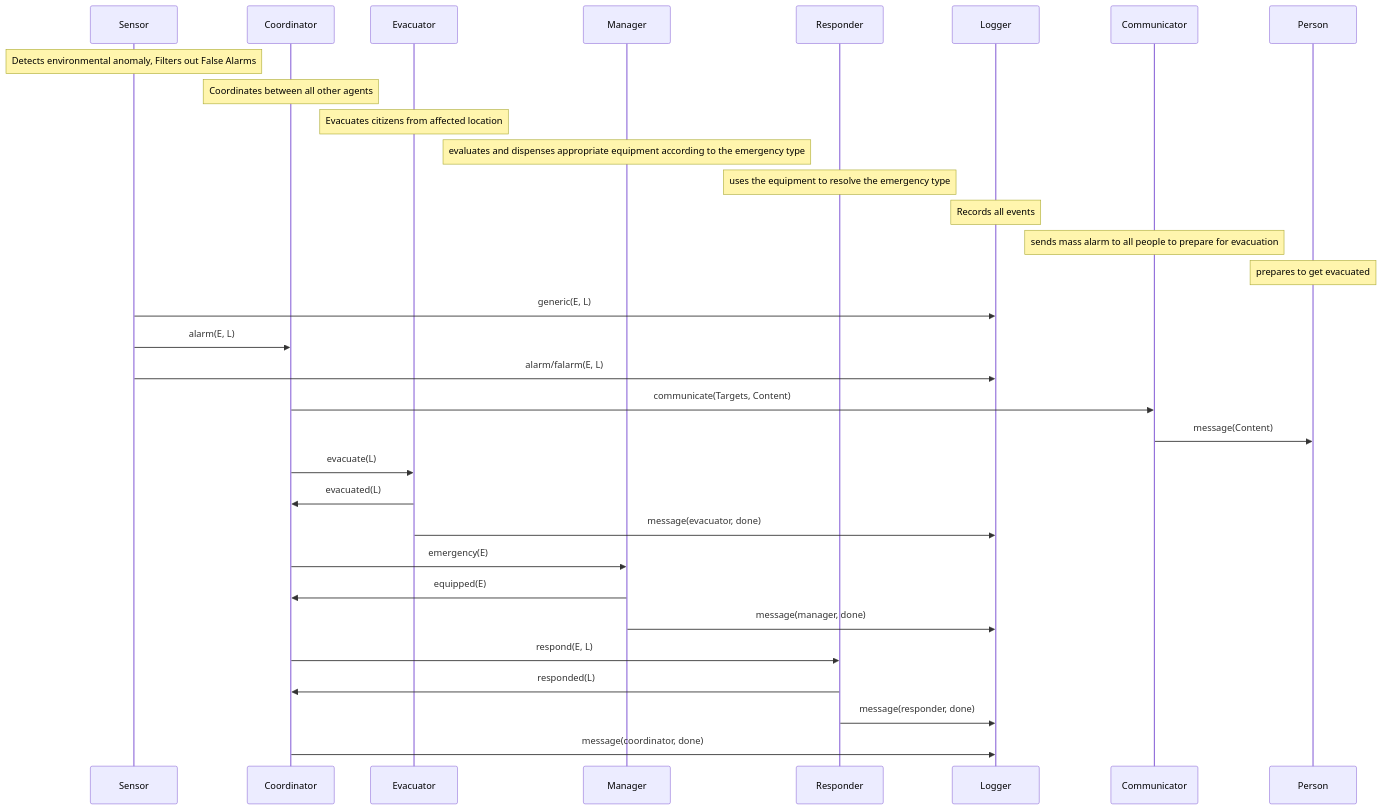
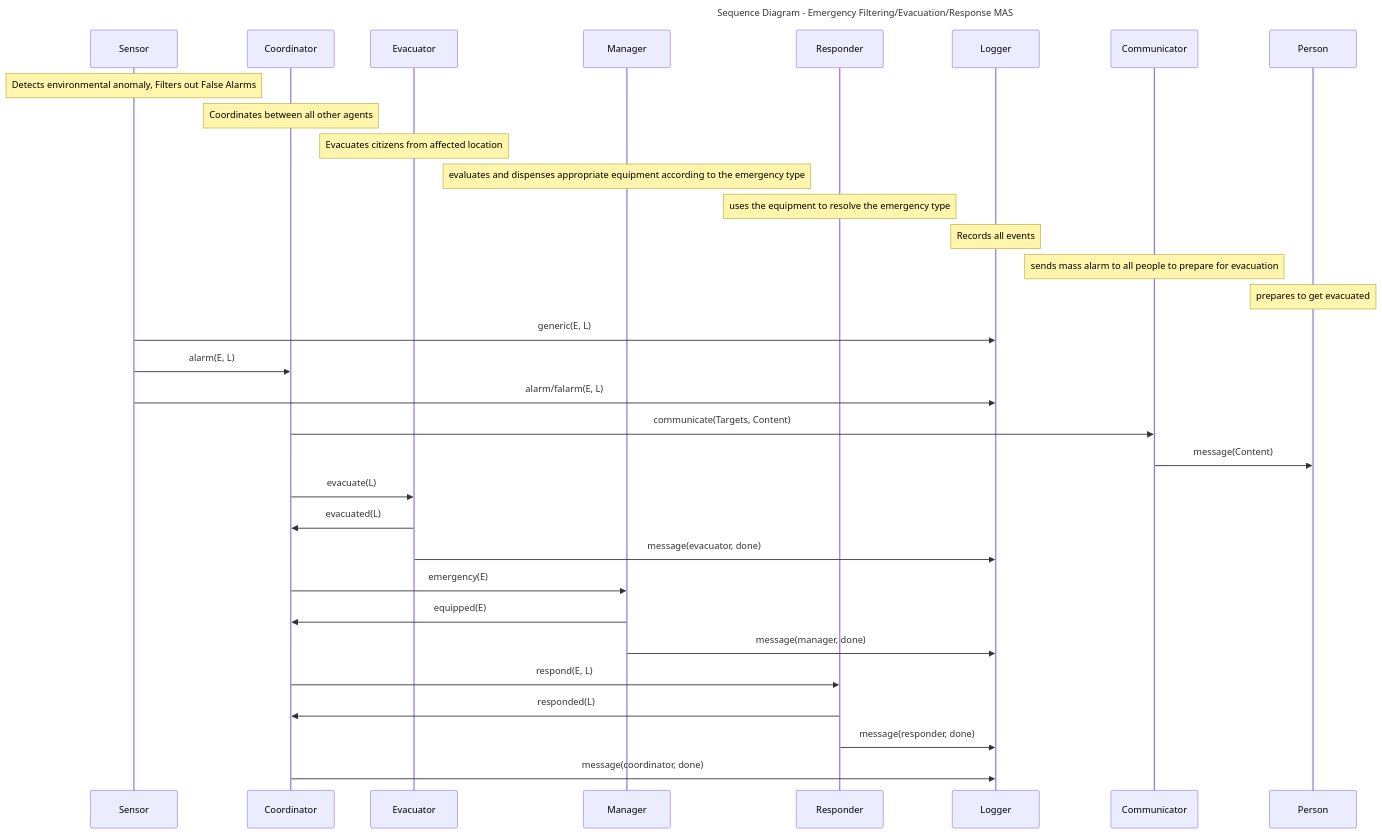
Before and after one commit to lollix91/dalia: the diagram in example/docs/diagrams/sequence.md, drawn with Mermaid. The commit also changed 7 other files, not shown here.

````diff
--- a/example/docs/diagrams/sequence.md
+++ b/example/docs/diagrams/sequence.md
@@ -1,41 +1,44 @@
 ```mermaid
+---
+title: Sequence Diagram - Emergency Filtering/Evacuation/Response MAS
+---
 sequenceDiagram
     participant S as Sensor
     participant C as Coordinator
     participant E as Evacuator
     participant M as Manager
     participant R as Responder
     participant L as Logger
     participant CC as Communicator
     participant P as Person
 
     Note over S: Detects environmental anomaly, Filters out False Alarms
     Note over C: Coordinates between all other agents
     Note over E: Evacuates citizens from affected location
     Note over M: evaluates and dispenses appropriate equipment according to the emergency type
     Note over R: uses the equipment to resolve the emergency type
     Note over L: Records all events
     Note over CC: sends mass alarm to all people to prepare for evacuation
     Note over P: prepares to get evacuated
 
     S->>L: generic(E, L)
     S->>C: alarm(E, L)
     S->>L: alarm/falarm(E, L)
 
 
     C->>CC: communicate(Targets, Content)
     CC->>P: message(Content)
 
     C->>E: evacuate(L)
     E->>C: evacuated(L)
     E->>L: message(evacuator, done)
     C->>M: emergency(E)
     M->>C: equipped(E)
     M->>L: message(manager, done)
     C->>R: respond(E, L)
     R->>C: responded(L)
     R->>L: message(responder, done)
     C->>L: message(coordinator, done)
 
     
 ``` 
````
